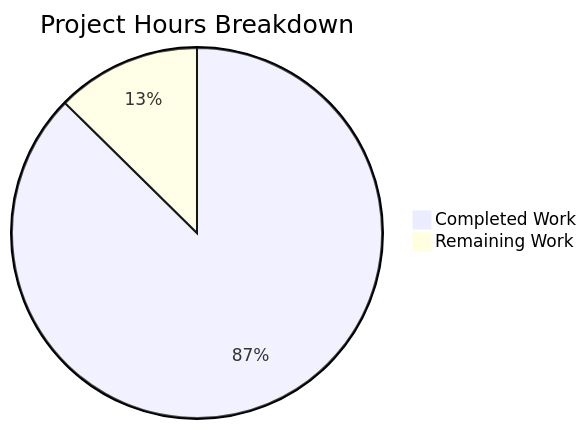
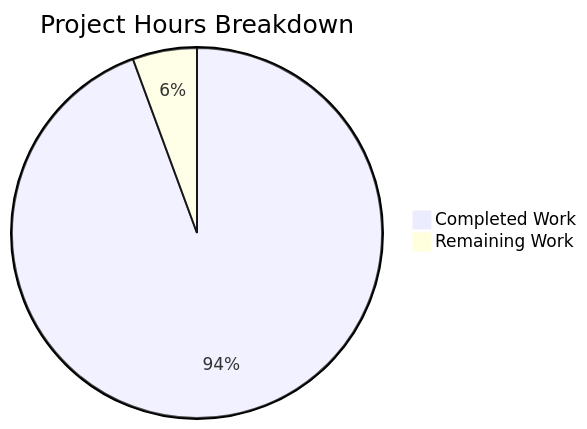
One commit to blitzy-public-samples/blitzy-WebVella-ERP changed the diagram in blitzy/documentation/Project Guide.md. Above: the diagram before and after it, drawn with Mermaid. The commit also changed other lines of this file, not shown here.

Commit message:
Adding Blitzy Project Guide: Project Status and Human Tasks Remaining

````diff
--- a/blitzy/documentation/Project Guide.md
+++ b/blitzy/documentation/Project Guide.md
@@ -60,5 +30,5 @@
 ```mermaid
 pie title Project Hours Breakdown
-    "Completed Work" : 270
-    "Remaining Work" : 39
+    "Completed Work" : 336
+    "Remaining Work" : 20
 ```
````
